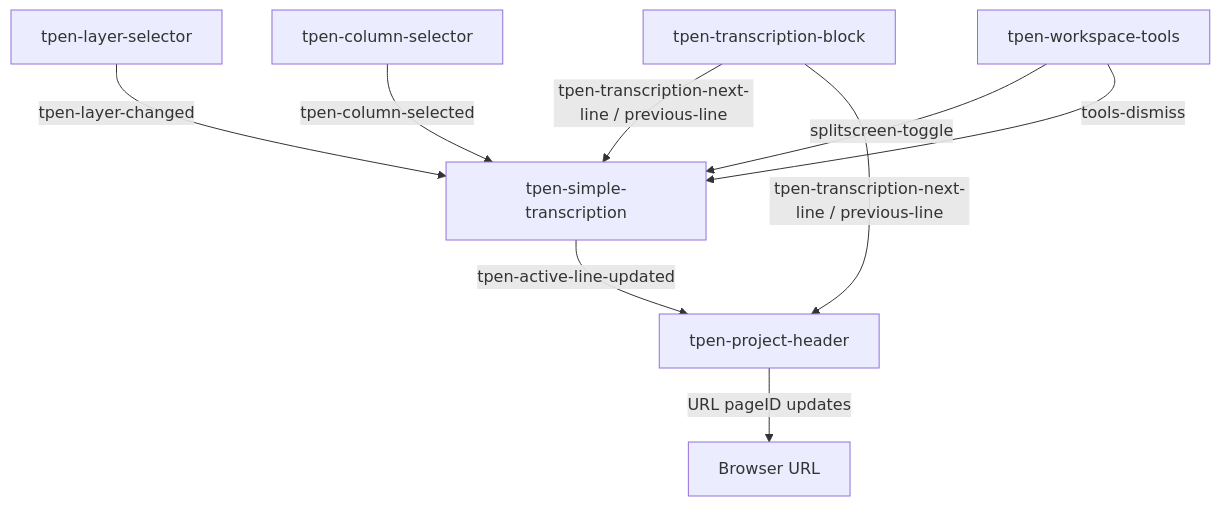
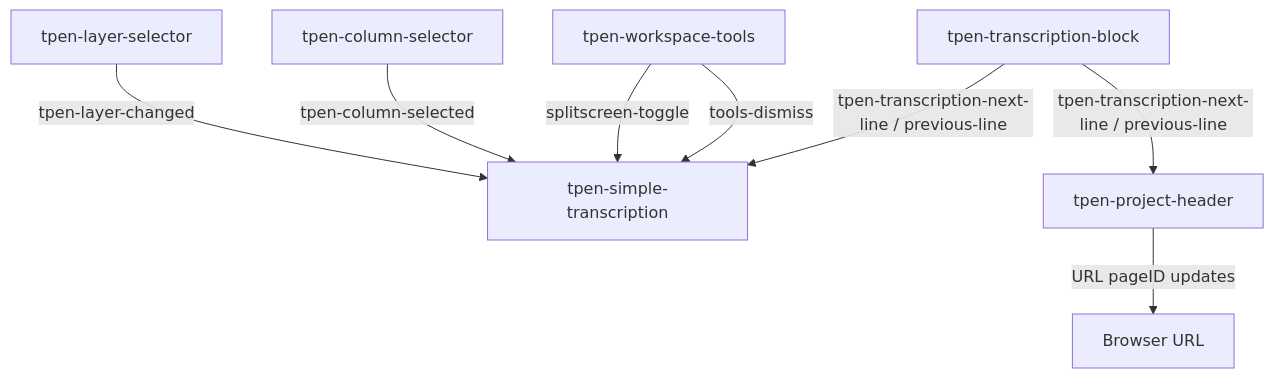
One commit to CenterForDigitalHumanities/TPEN-interfaces changed the third of 3 diagrams in components/simple-transcription/DIAGRAMS.md. Above: the diagram before and after it, drawn with Mermaid.

````diff
--- a/components/simple-transcription/DIAGRAMS.md
+++ b/components/simple-transcription/DIAGRAMS.md
@@ -50,13 +50,12 @@
 ```mermaid
 flowchart TD
     L[tpen-layer-selector] -- tpen-layer-changed --> S[tpen-simple-transcription]
     C[tpen-column-selector] -- tpen-column-selected --> S
     W[tpen-workspace-tools] -- splitscreen-toggle --> S
     W -- tools-dismiss --> S
 
     T[tpen-transcription-block] -- tpen-transcription-next-line / previous-line --> S
     T -- tpen-transcription-next-line / previous-line --> H[tpen-project-header]
 
-    S -- tpen-active-line-updated --> H
     H -- URL pageID updates --> U[Browser URL]
 ```
````
